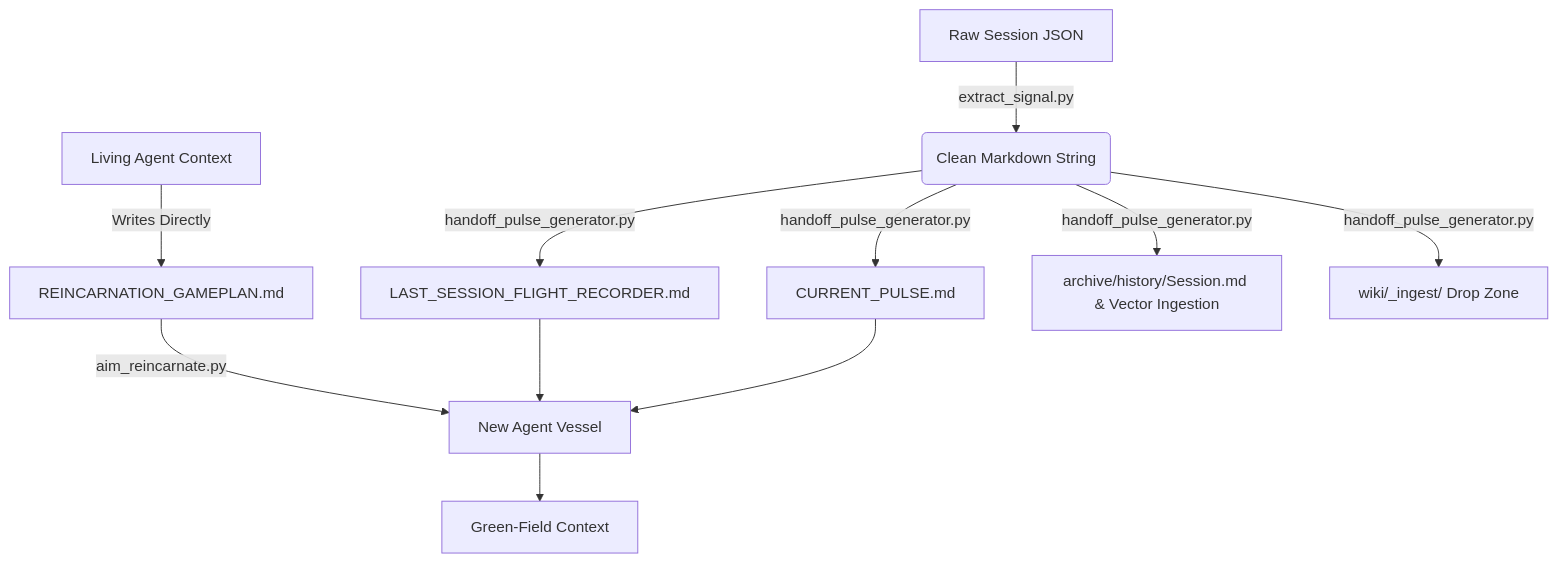
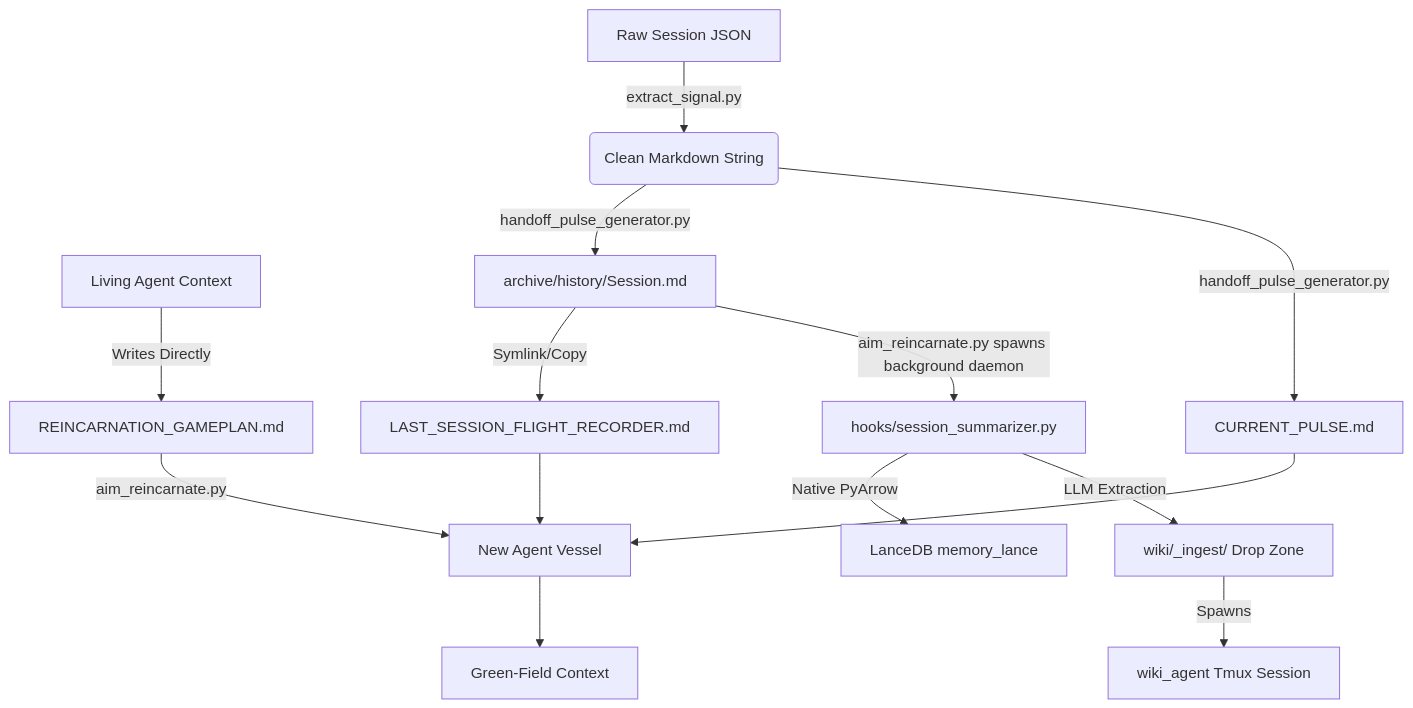
Before and after one commit to BrianV1981/aim-knowledge: the diagram in Reincarnation-Map.md, drawn with Mermaid. The commit also changed other lines of this file and 28 other files, not shown here.

Commit message:
Docs: Complete overhaul to RAG 5.21 Native LanceDB Parquet architecture

````diff
--- a/Reincarnation-Map.md
+++ b/Reincarnation-Map.md
@@ -62,13 +58,19 @@
 ```mermaid
 graph TD
     A[Living Agent Context] -->|Writes Directly| C[REINCARNATION_GAMEPLAN.md]
     B[Raw Session JSON] -->|extract_signal.py| D(Clean Markdown String)
-    D -->|handoff_pulse_generator.py| E[LAST_SESSION_FLIGHT_RECORDER.md]
-    D -->|handoff_pulse_generator.py| F[CURRENT_PULSE.md]
-    D -->|handoff_pulse_generator.py| G[archive/history/Session.md & Vector Ingestion]
-    D -->|handoff_pulse_generator.py| H[wiki/_ingest/ Drop Zone]
-    C -->|aim_reincarnate.py| I[New Agent Vessel]
-    E --> I
-    F --> I
-    I --> J[Green-Field Context]
+    
+    D -->|handoff_pulse_generator.py| E[archive/history/Session.md]
+    E -->|Symlink/Copy| F[LAST_SESSION_FLIGHT_RECORDER.md]
+    D -->|handoff_pulse_generator.py| G[CURRENT_PULSE.md]
+    
+    E -->|aim_reincarnate.py spawns background daemon| H[hooks/session_summarizer.py]
+    H -->|Native PyArrow| I[LanceDB memory_lance]
+    H -->|LLM Extraction| J[wiki/_ingest/ Drop Zone]
+    J -->|Spawns| K[wiki_agent Tmux Session]
+    
+    C -->|aim_reincarnate.py| L[New Agent Vessel]
+    F --> L
+    G --> L
+    L --> M[Green-Field Context]
 ```
````
